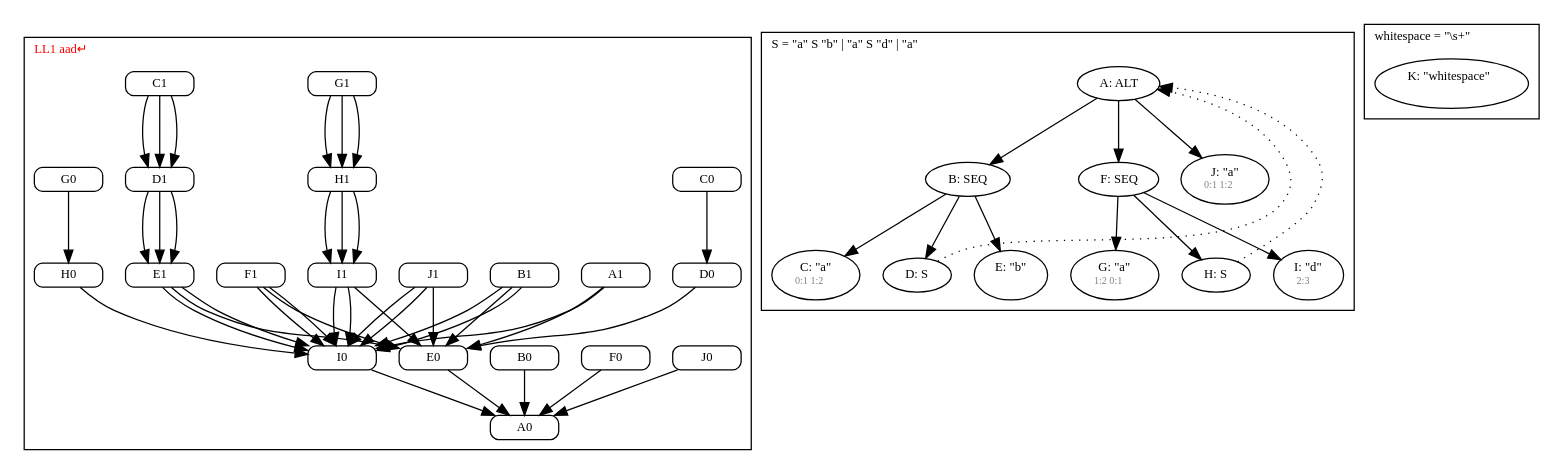
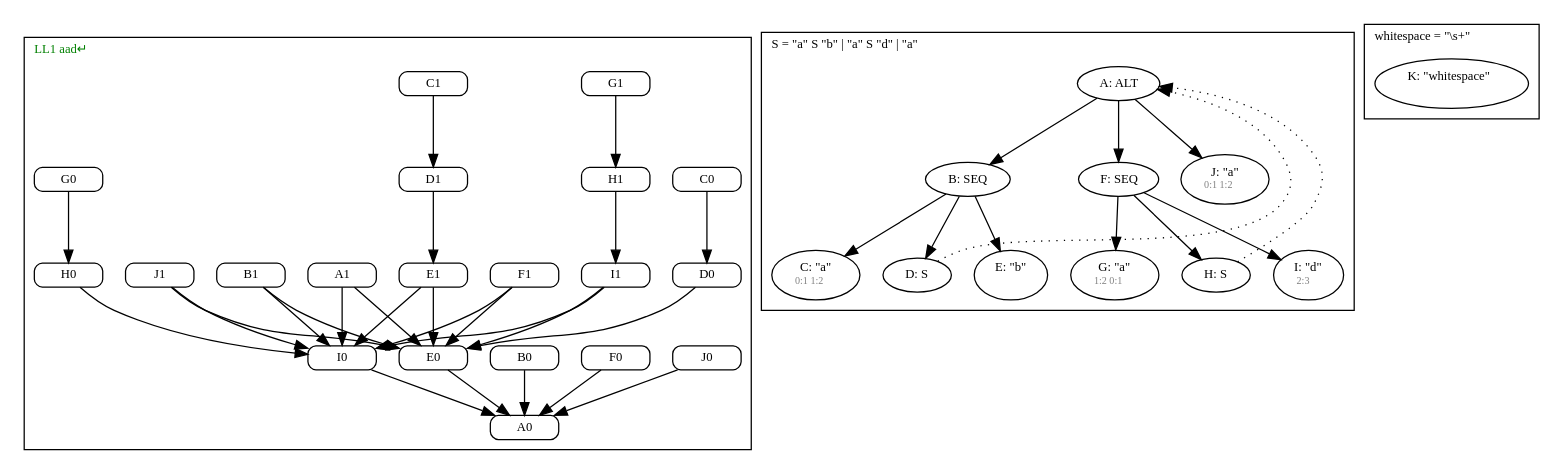
One commit to JanWillemBrands/AoC2021 changed the diagram in diagram.gv. Above: the diagram before and after it, drawn with Graphviz. The commit also changed 11 other files, not shown here.

```diff
--- a/diagram.gv
+++ b/diagram.gv
@@ -1,85 +1,72 @@
 digraph G {
   fontname = Menlo
   fontsize = 10
   node [fontname = Menlo, fontsize = 10]
   edge [fontname = Menlo, fontsize = 10]
   graph [ordering = out]
   subgraph GSS {
     cluster = true
-    label = <LL1 aad↵> fontcolor = red
+    label = <LL1 aad↵> fontcolor = green
     labeljust = l
     node [shape = box, style = rounded, height = 0]
     "J1" -> "I0"
     "J1" -> "E0"
-    "J1" -> "I0"
     "J0" -> "A0"
     "I1" -> "I0"
     "I1" -> "E0"
-    "I1" -> "I0"
     "I0" -> "A0"
-    "H1" -> "I1"
-    "H1" -> "I1"
     "H1" -> "I1"
     "H0" -> "I0"
     "G1" -> "H1"
-    "G1" -> "H1"
-    "G1" -> "H1"
     "G0" -> "H0"
-    "F1" -> "I0"
     "F1" -> "E0"
     "F1" -> "I0"
     "F0" -> "A0"
-    "E1" -> "I0"
     "E1" -> "E0"
     "E1" -> "I0"
     "E0" -> "A0"
     "D1" -> "E1"
-    "D1" -> "E1"
-    "D1" -> "E1"
     "D0" -> "E0"
     "C1" -> "D1"
-    "C1" -> "D1"
-    "C1" -> "D1"
     "C0" -> "D0"
-    "B1" -> "I0"
     "B1" -> "E0"
     "B1" -> "I0"
     "B0" -> "A0"
     "A1" -> "I0"
     "A1" -> "E0"
   }
   subgraph S {
     cluster = true
     label = <S = "a" S "b" | "a" S "d" | "a">
     labeljust = l
     node [shape = ellipse, height = 0]
     A [label = <A: ALT>]
     A -> B
     B [label = <B: SEQ>]
     B -> C
     C [label = <C: "a"<br/><font color="gray" point-size="8.0"> 0:1 1:2 </font> >]
     B -> D
     D [label = <D: S>]
     B -> E
     E [label = <E: "b"<br/><font color="gray" point-size="8.0">  </font> >]
     A -> F
     F [label = <F: SEQ>]
     F -> G
     G [label = <G: "a"<br/><font color="gray" point-size="8.0"> 1:2 0:1 </font> >]
     F -> H
     H [label = <H: S>]
     F -> I
     I [label = <I: "d"<br/><font color="gray" point-size="8.0"> 2:3 </font> >]
     A -> J
     J [label = <J: "a"<br/><font color="gray" point-size="8.0"> 0:1 1:2 </font> >]
   }
   subgraph whitespace {
     cluster = true
     label = <whitespace = "\s+">
     labeljust = l
     node [shape = ellipse, height = 0]
     K [label = <K: "whitespace"<br/><font color="gray" point-size="8.0">  </font> >]
   }
   D -> A [style = dotted, constraint = false]
   H -> A [style = dotted, constraint = false]
 }
```
